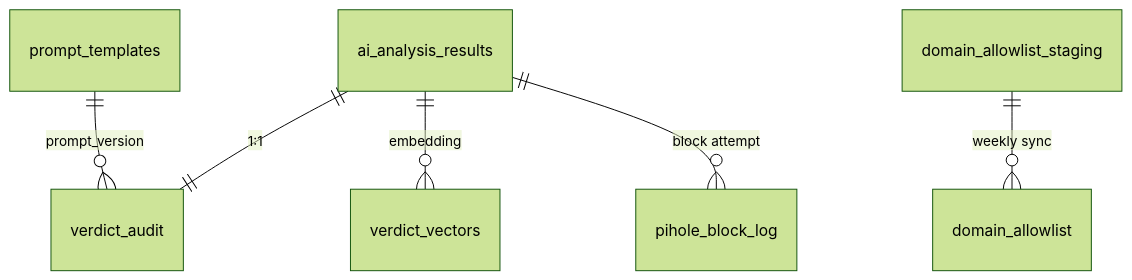
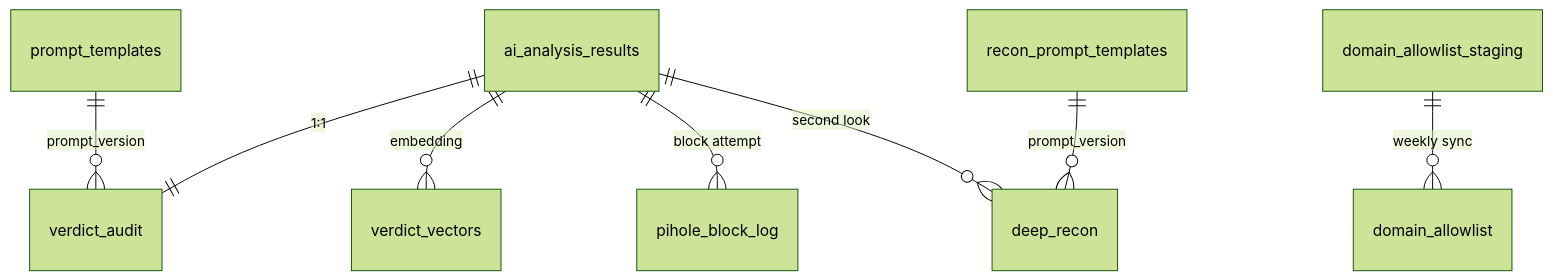
The second of 2 diagrams in docs/database.md (lukaszFD/cyber-sentinel), drawn with Mermaid (forest theme) before and after one commit. The commit also changed other lines of this file and 22 other files, not shown here.

````diff
--- a/docs/database.md
+++ b/docs/database.md
@@ -68,8 +68,10 @@
 ```mermaid
 erDiagram
     ai_analysis_results ||--|| verdict_audit : "1:1"
     ai_analysis_results ||--o{ verdict_vectors : "embedding"
     ai_analysis_results ||--o{ pihole_block_log : "block attempt"
+    ai_analysis_results ||--o{ deep_recon : "second look"
     prompt_templates ||--o{ verdict_audit : "prompt_version"
+    recon_prompt_templates ||--o{ deep_recon : "prompt_version"
     domain_allowlist_staging ||--o{ domain_allowlist : "weekly sync"
 ```
````
